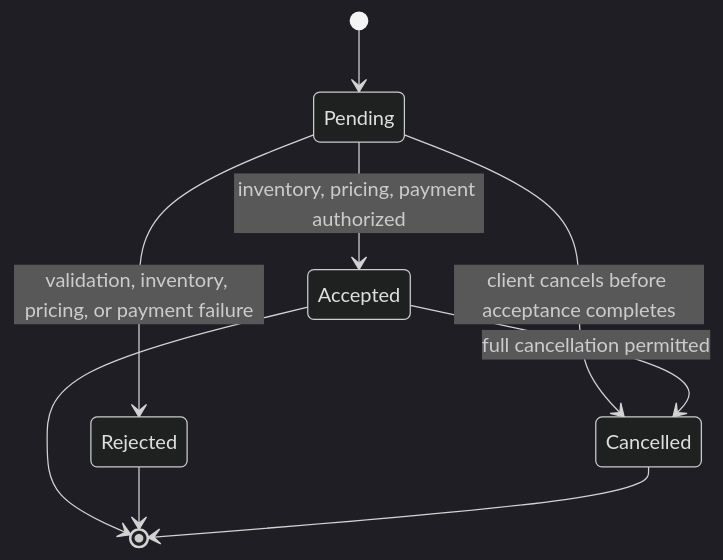
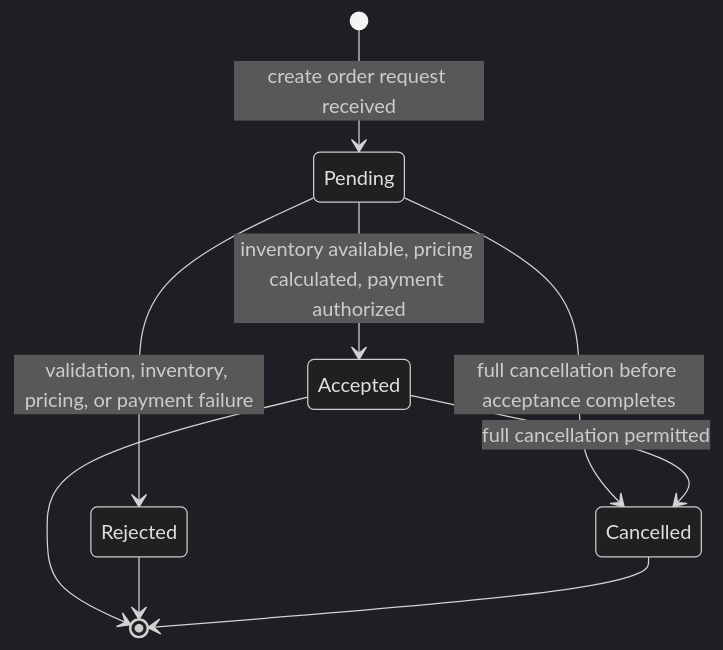
The second of 2 diagrams in docs/diagrams/architecture-diagrams.md (ageroh/order-processing-platform), drawn with Mermaid (dark theme) before and after one commit. The commit also changed other lines of this file and 2 other files, not shown here.

Commit message:
Update  diagrams and design memory

````diff
--- a/docs/diagrams/architecture-diagrams.md
+++ b/docs/diagrams/architecture-diagrams.md
@@ -96,11 +67,11 @@
 ```mermaid
 stateDiagram-v2
-    [*] --> Pending
-    Pending --> Accepted: inventory, pricing, payment authorized
+    [*] --> Pending: create order request received
+    Pending --> Accepted: inventory available, pricing calculated, payment authorized
     Pending --> Rejected: validation, inventory, pricing, or payment failure
-    Pending --> Cancelled: client cancels before acceptance completes
+    Pending --> Cancelled: full cancellation before acceptance completes
     Accepted --> Cancelled: full cancellation permitted
     Accepted --> [*]
     Rejected --> [*]
     Cancelled --> [*]
 ```
````
